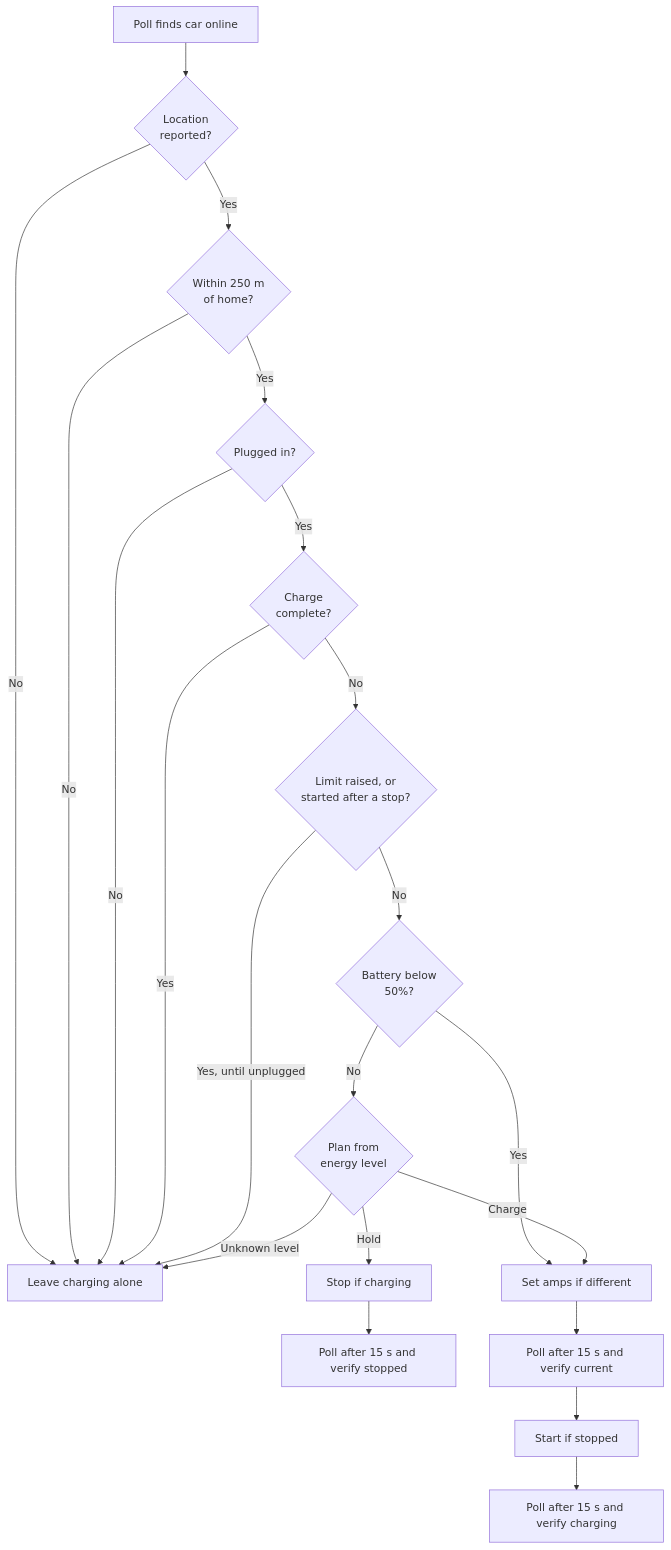
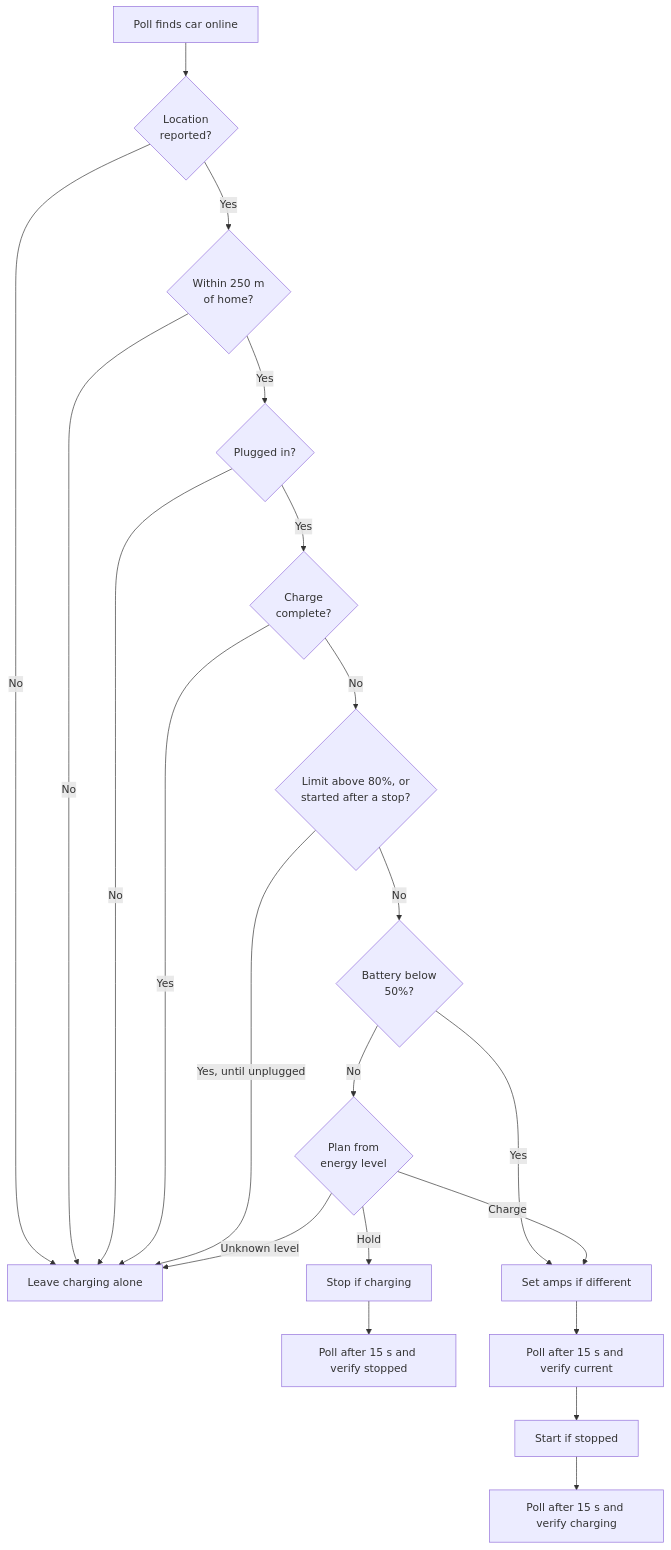
One commit to NickBorgers/home-automation changed the first of 2 diagrams in docs/flows/TESLA_ENERGY_CHARGING.md. Above: the diagram before and after it, drawn with Mermaid. The commit also changed other lines of this file and 5 other files, not shown here.

First line of the commit message:
fix(tesla): treat a charge limit above 80% as a manual override

````diff
--- a/docs/flows/TESLA_ENERGY_CHARGING.md
+++ b/docs/flows/TESLA_ENERGY_CHARGING.md
@@ -48,23 +50,23 @@
 ```mermaid
 flowchart TD
     Poll[Poll finds car online] --> Loc{Location<br/>reported?}
     Loc -->|No| Leave[Leave charging alone]
     Loc -->|Yes| Home{Within 250 m<br/>of home?}
     Home -->|No| Leave
     Home -->|Yes| Plug{Plugged in?}
     Plug -->|No| Leave
     Plug -->|Yes| Full{Charge<br/>complete?}
     Full -->|Yes| Leave
-    Full -->|No| Override{Limit raised, or<br/>started after a stop?}
+    Full -->|No| Override{Limit above 80%, or<br/>started after a stop?}
     Override -->|Yes, until unplugged| Leave
     Override -->|No| Floor{Battery below<br/>50%?}
     Floor -->|Yes| Amps
     Floor -->|No| Plan{Plan from<br/>energy level}
     Plan -->|Hold| Stop[Stop if charging]
     Stop --> Verify[Poll after 15 s and verify stopped]
     Plan -->|Charge| Amps[Set amps if different]
     Amps --> VerifyCharge[Poll after 15 s and verify current]
     VerifyCharge --> Start[Start if stopped]
     Start --> VerifyStart[Poll after 15 s and verify charging]
     Plan -->|Unknown level| Leave
 ```
````
